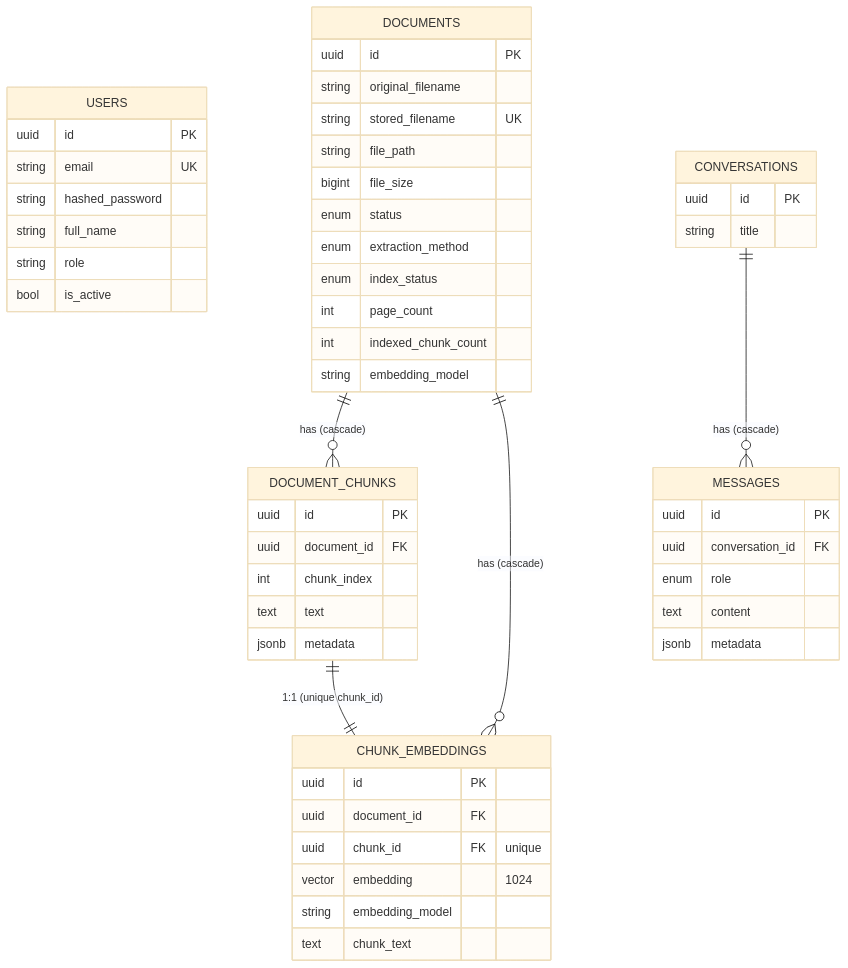
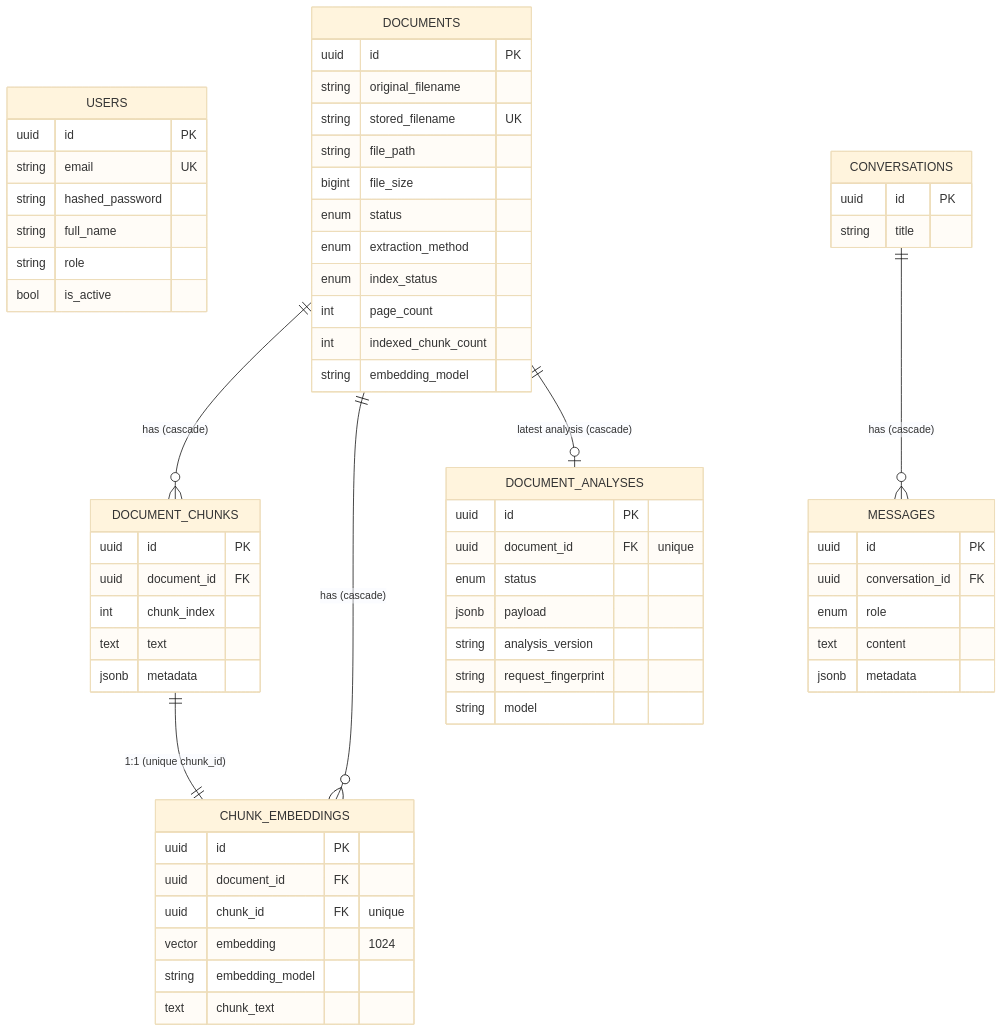
One commit to maha-mrrk/LegaLinkk changed the third of 12 diagrams in docs/ARCHITECTURE.md. Above: the diagram before and after it, drawn with Mermaid (base theme). The commit also changed other lines of this file and 12 other files, not shown here.

````diff
--- a/docs/ARCHITECTURE.md
+++ b/docs/ARCHITECTURE.md
@@ -337,55 +355,65 @@
 ```mermaid
 erDiagram
   USERS {
     uuid id PK
     string email UK
     string hashed_password
     string full_name
     string role
     bool is_active
   }
   DOCUMENTS {
     uuid id PK
     string original_filename
     string stored_filename UK
     string file_path
     bigint file_size
     enum status
     enum extraction_method
     enum index_status
     int page_count
     int indexed_chunk_count
     string embedding_model
+  }
+  DOCUMENT_ANALYSES {
+    uuid id PK
+    uuid document_id FK "unique"
+    enum status
+    jsonb payload
+    string analysis_version
+    string request_fingerprint
+    string model
   }
   DOCUMENT_CHUNKS {
     uuid id PK
     uuid document_id FK
     int chunk_index
     text text
     jsonb metadata
   }
   CHUNK_EMBEDDINGS {
     uuid id PK
     uuid document_id FK
     uuid chunk_id FK "unique"
     vector embedding "1024"
     string embedding_model
     text chunk_text
   }
   CONVERSATIONS {
     uuid id PK
     string title
   }
   MESSAGES {
     uuid id PK
     uuid conversation_id FK
     enum role
     text content
     jsonb metadata
   }
 
   DOCUMENTS ||--o{ DOCUMENT_CHUNKS : "has (cascade)"
   DOCUMENTS ||--o{ CHUNK_EMBEDDINGS : "has (cascade)"
+  DOCUMENTS ||--o| DOCUMENT_ANALYSES : "latest analysis (cascade)"
   DOCUMENT_CHUNKS ||--|| CHUNK_EMBEDDINGS : "1:1 (unique chunk_id)"
   CONVERSATIONS ||--o{ MESSAGES : "has (cascade)"
 ```
````
